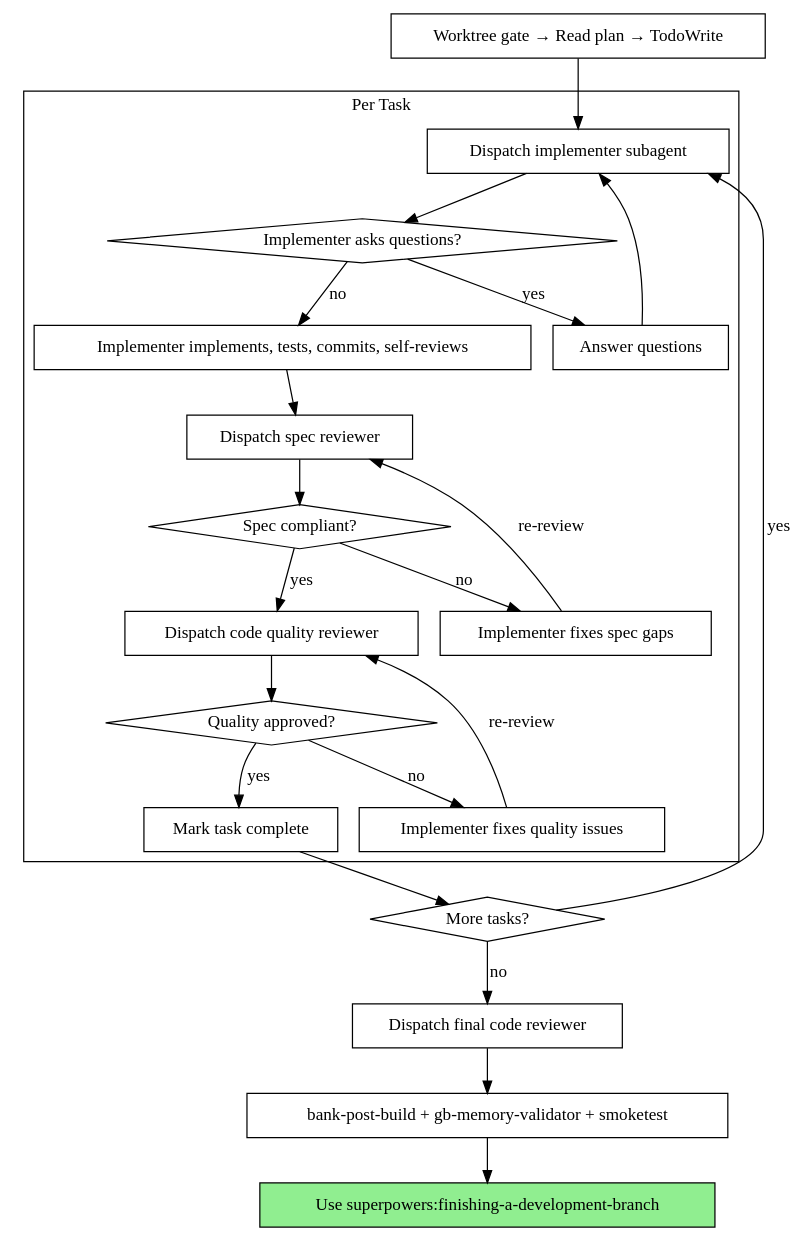
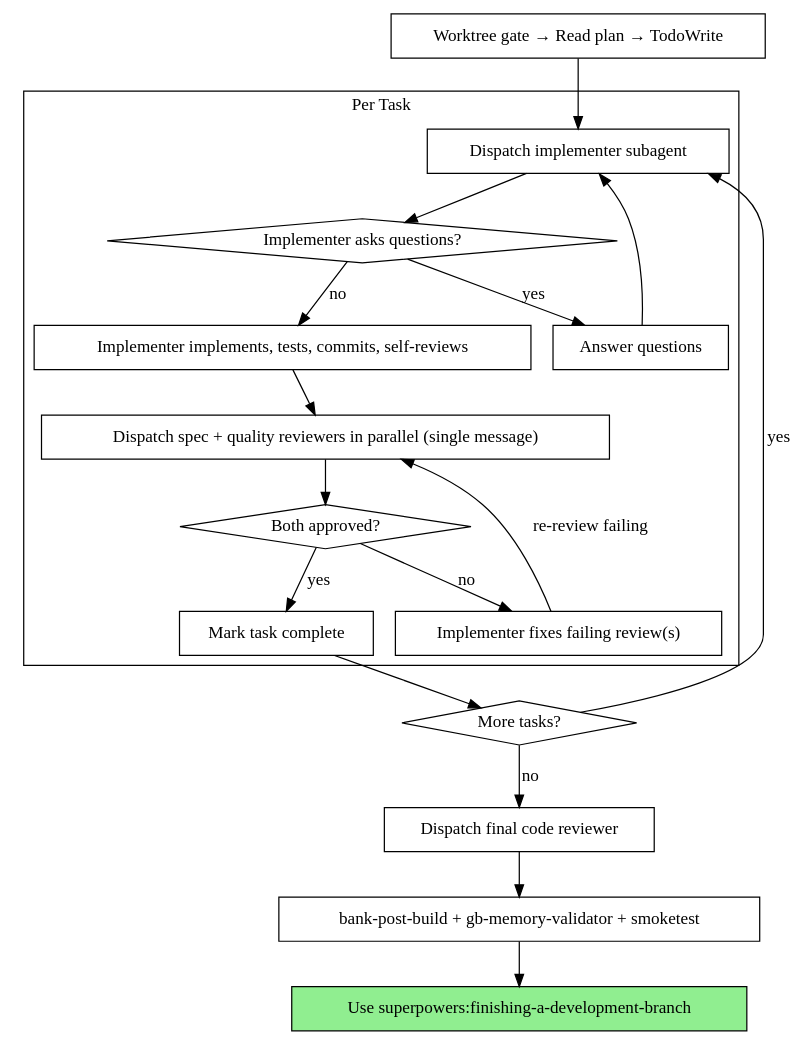
Before and after one commit to MatthieuGagne/gmb-nuke-raider: the second of 2 diagrams in .claude/skills/subagent-driven-development/SKILL.md, drawn with Graphviz. The commit also changed other lines of this file, not shown here.

First line of the commit message:
feat(subagent-driven-development): parallel reviewers + parallel implementer batches

````diff
--- a/.claude/skills/subagent-driven-development/SKILL.md
+++ b/.claude/skills/subagent-driven-development/SKILL.md
@@ -48,46 +48,39 @@
 ```dot
 digraph process {
     rankdir=TB;
 
     subgraph cluster_per_task {
         label="Per Task";
         "Dispatch implementer subagent" [shape=box];
         "Implementer asks questions?" [shape=diamond];
         "Answer questions" [shape=box];
         "Implementer implements, tests, commits, self-reviews" [shape=box];
-        "Dispatch spec reviewer" [shape=box];
-        "Spec compliant?" [shape=diamond];
-        "Implementer fixes spec gaps" [shape=box];
-        "Dispatch code quality reviewer" [shape=box];
-        "Quality approved?" [shape=diamond];
-        "Implementer fixes quality issues" [shape=box];
+        "Dispatch spec + quality reviewers in parallel (single message)" [shape=box];
+        "Both approved?" [shape=diamond];
+        "Implementer fixes failing review(s)" [shape=box];
         "Mark task complete" [shape=box];
     }
 
     "Worktree gate → Read plan → TodoWrite" [shape=box];
     "More tasks?" [shape=diamond];
     "Dispatch final code reviewer" [shape=box];
     "bank-post-build + gb-memory-validator + smoketest" [shape=box];
     "Use superpowers:finishing-a-development-branch" [shape=box style=filled fillcolor=lightgreen];
 
     "Worktree gate → Read plan → TodoWrite" -> "Dispatch implementer subagent";
     "Dispatch implementer subagent" -> "Implementer asks questions?";
     "Implementer asks questions?" -> "Answer questions" [label="yes"];
     "Answer questions" -> "Dispatch implementer subagent";
     "Implementer asks questions?" -> "Implementer implements, tests, commits, self-reviews" [label="no"];
-    "Implementer implements, tests, commits, self-reviews" -> "Dispatch spec reviewer";
-    "Dispatch spec reviewer" -> "Spec compliant?";
-    "Spec compliant?" -> "Implementer fixes spec gaps" [label="no"];
-    "Implementer fixes spec gaps" -> "Dispatch spec reviewer" [label="re-review"];
-    "Spec compliant?" -> "Dispatch code quality reviewer" [label="yes"];
-    "Dispatch code quality reviewer" -> "Quality approved?";
-    "Quality approved?" -> "Implementer fixes quality issues" [label="no"];
-    "Implementer fixes quality issues" -> "Dispatch code quality reviewer" [label="re-review"];
-    "Quality approved?" -> "Mark task complete" [label="yes"];
+    "Implementer implements, tests, commits, self-reviews" -> "Dispatch spec + quality reviewers in parallel (single message)";
+    "Dispatch spec + quality reviewers in parallel (single message)" -> "Both approved?";
+    "Both approved?" -> "Implementer fixes failing review(s)" [label="no"];
+    "Implementer fixes failing review(s)" -> "Dispatch spec + quality reviewers in parallel (single message)" [label="re-review failing"];
+    "Both approved?" -> "Mark task complete" [label="yes"];
     "Mark task complete" -> "More tasks?";
     "More tasks?" -> "Dispatch implementer subagent" [label="yes"];
     "More tasks?" -> "Dispatch final code reviewer" [label="no"];
     "Dispatch final code reviewer" -> "bank-post-build + gb-memory-validator + smoketest";
     "bank-post-build + gb-memory-validator + smoketest" -> "Use superpowers:finishing-a-development-branch";
 }
 ```
````
